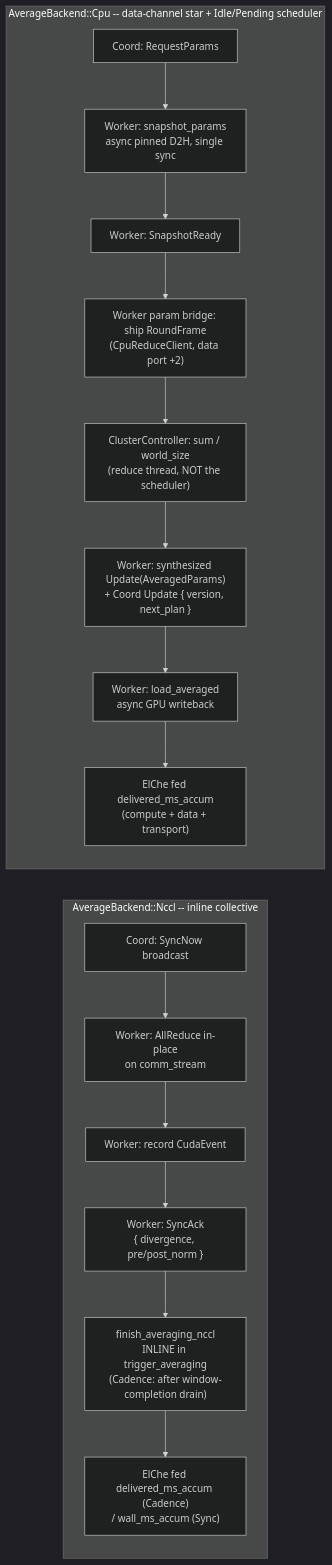
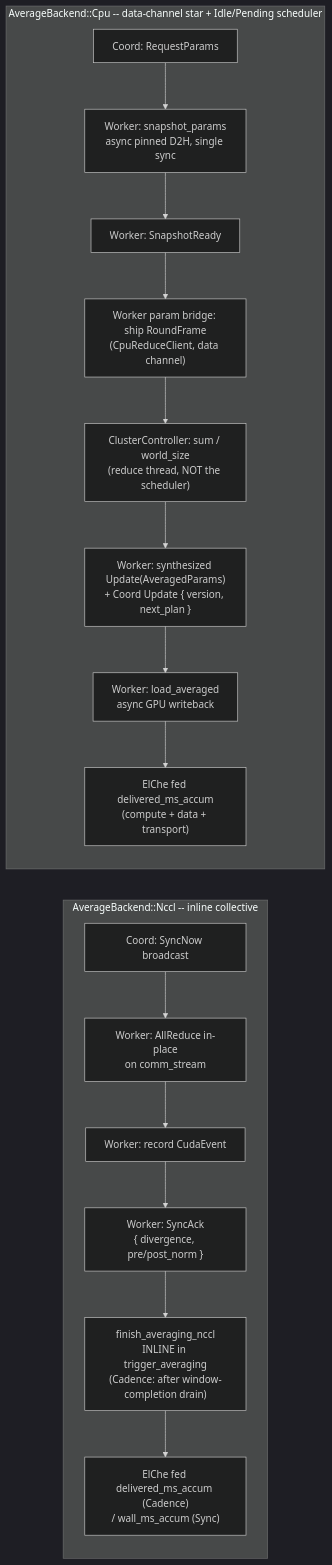
The fourth of 6 diagrams in docs/distributed/architecture.md (fab2s/floDl), drawn with Mermaid (dark theme) before and after one commit. The commit also changed other lines of this file and 18 other files, not shown here.

Commit message:
distributed: single-port mux — every controller channel on one address

````diff
--- a/docs/distributed/architecture.md
+++ b/docs/distributed/architecture.md
@@ -227,22 +227,22 @@
 ```mermaid
 flowchart LR
     subgraph nccl["AverageBackend::Nccl -- inline collective"]
         direction TB
         N1["Coord: SyncNow broadcast"] --> N2["Worker: AllReduce in-place<br/>on comm_stream"]
         N2 --> N3["Worker: record CudaEvent"]
         N3 --> N4["Worker: SyncAck<br/>{ divergence, pre/post_norm }"]
         N4 --> N5["finish_averaging_nccl<br/>INLINE in trigger_averaging<br/>(Cadence: after window-completion drain)"]
         N5 --> N6["ElChe fed delivered_ms_accum (Cadence)<br/>/ wall_ms_accum (Sync)"]
     end
 
     subgraph cpu["AverageBackend::Cpu -- data-channel star + Idle/Pending scheduler"]
         direction TB
         P1["Coord: RequestParams"] --> P2["Worker: snapshot_params<br/>async pinned D2H, single sync"]
         P2 --> P3["Worker: SnapshotReady"]
-        P3 --> P4["Worker param bridge: ship RoundFrame<br/>(CpuReduceClient, data port +2)"]
+        P3 --> P4["Worker param bridge: ship RoundFrame<br/>(CpuReduceClient, data channel)"]
         P4 --> P5["ClusterController: sum / world_size<br/>(reduce thread, NOT the scheduler)"]
         P5 --> P6["Worker: synthesized Update(AveragedParams)<br/>+ Coord Update { version, next_plan }"]
         P6 --> P7["Worker: load_averaged<br/>async GPU writeback"]
         P7 --> P8["ElChe fed delivered_ms_accum<br/>(compute + data + transport)"]
     end
 ```
````
